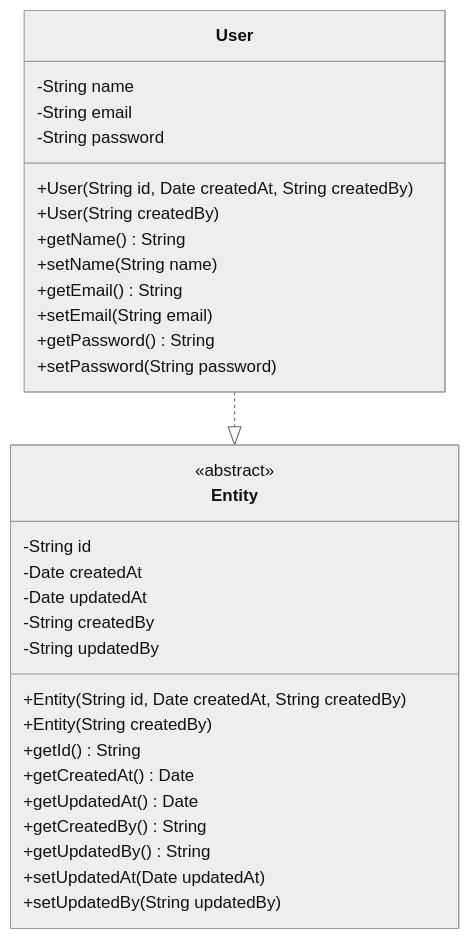
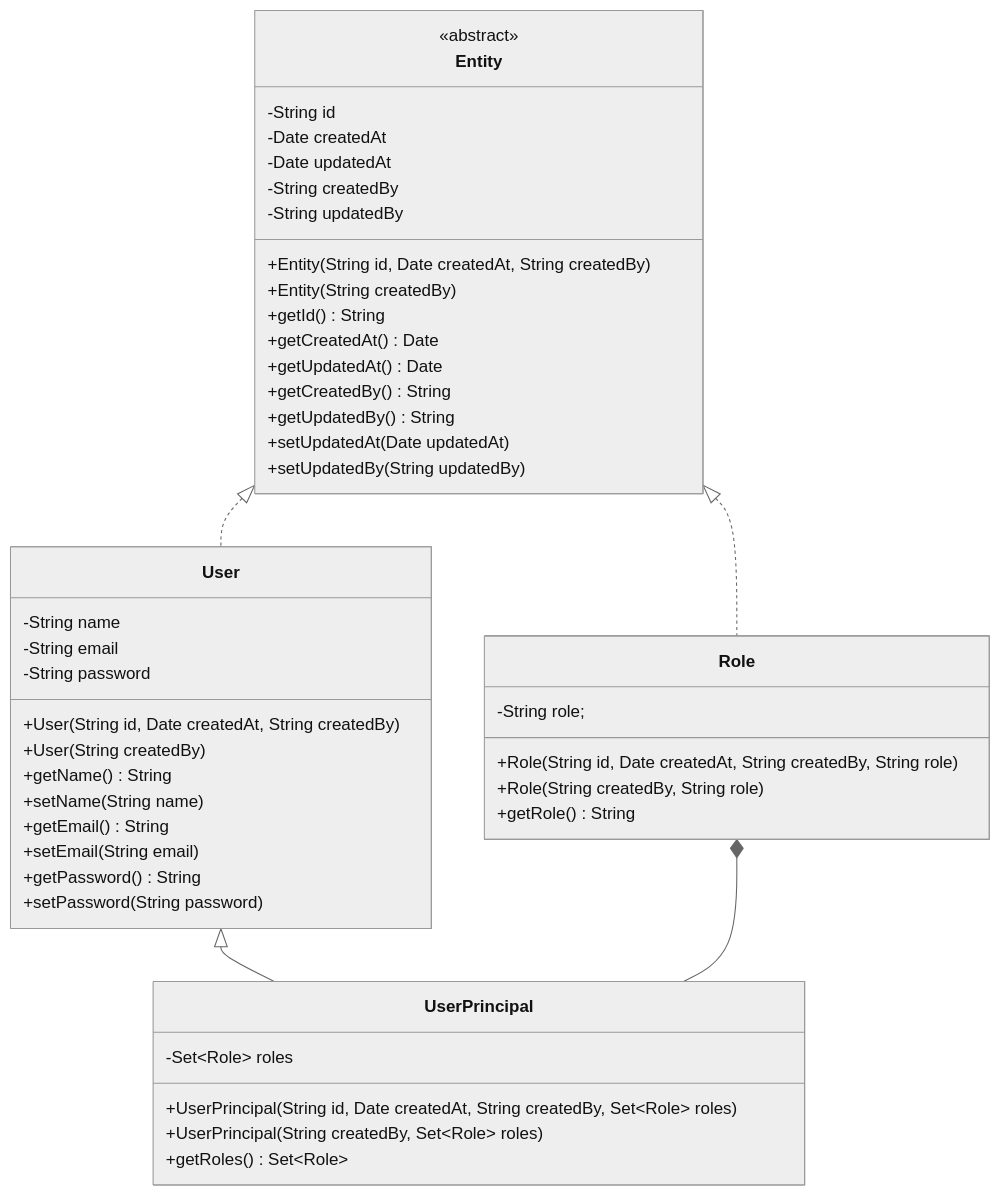
Before and after one commit to douglasffilho/HelpDesk: the diagram in README.md, drawn with Mermaid (neutral theme). The commit also changed 6 other files, not shown here.

Commit message:
chore: created roles and user principal

````diff
--- a/README.md
+++ b/README.md
@@ -85,54 +85,77 @@
 ```mermaid
 classDiagram
 class Entity {
     -String id
     -Date createdAt
     -Date updatedAt
     -String createdBy
     -String updatedBy
 
     +Entity(String id, Date createdAt, String createdBy)
 
     +Entity(String createdBy)
 
     +getId() String
 
     +getCreatedAt() Date
 
     +getUpdatedAt() Date
 
     +getCreatedBy() String
 
     +getUpdatedBy() String
 
     +setUpdatedAt(Date updatedAt)
 
     +setUpdatedBy(String updatedBy)
 }
 <<abstract>> Entity
 
 class User {
     -String name
     -String email
     -String password
 
     +User(String id, Date createdAt, String createdBy)
 
     +User(String createdBy)
 
     +getName() String
 
     +setName(String name)
 
     +getEmail() String
 
     +setEmail(String email)
 
     +getPassword() String
 
     +setPassword(String password)
 }
 
-User ..|> Entity
+class Role {
+    -String role;
+
+    +Role(String id, Date createdAt, String createdBy, String role)
+
+    +Role(String createdBy, String role)
+
+    +getRole() String
+}
+
+class UserPrincipal {
+    -Set~Role~ roles
+
+    +UserPrincipal(String id, Date createdAt, String createdBy, Set~Role~ roles)
+
+    +UserPrincipal(String createdBy, Set~Role~ roles)
+
+    +getRoles() Set~Role~
+}
+
+Entity <|.. User
+Entity <|.. Role
+User <|-- UserPrincipal
+Role *-- UserPrincipal
 
 ```
````
